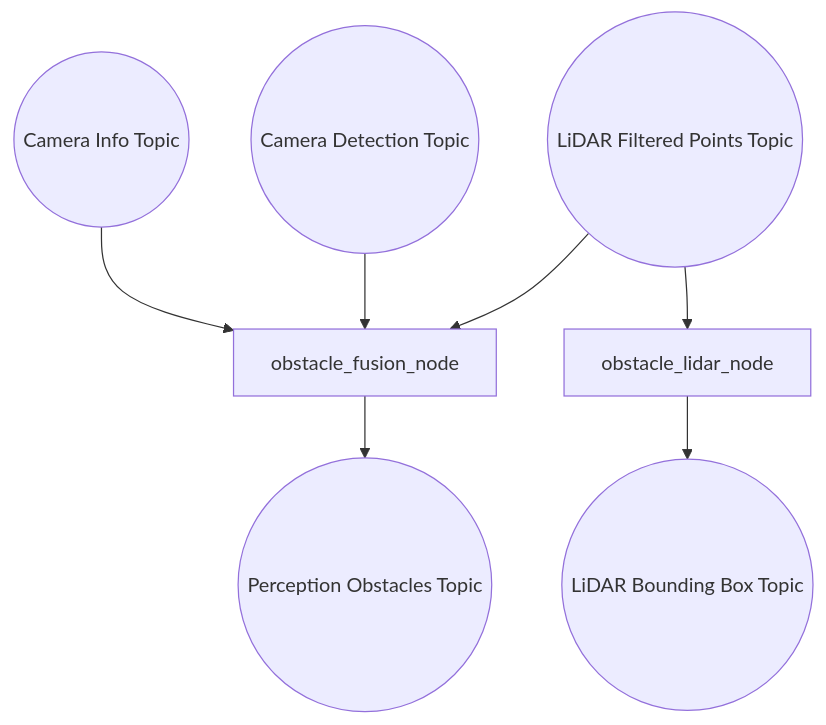
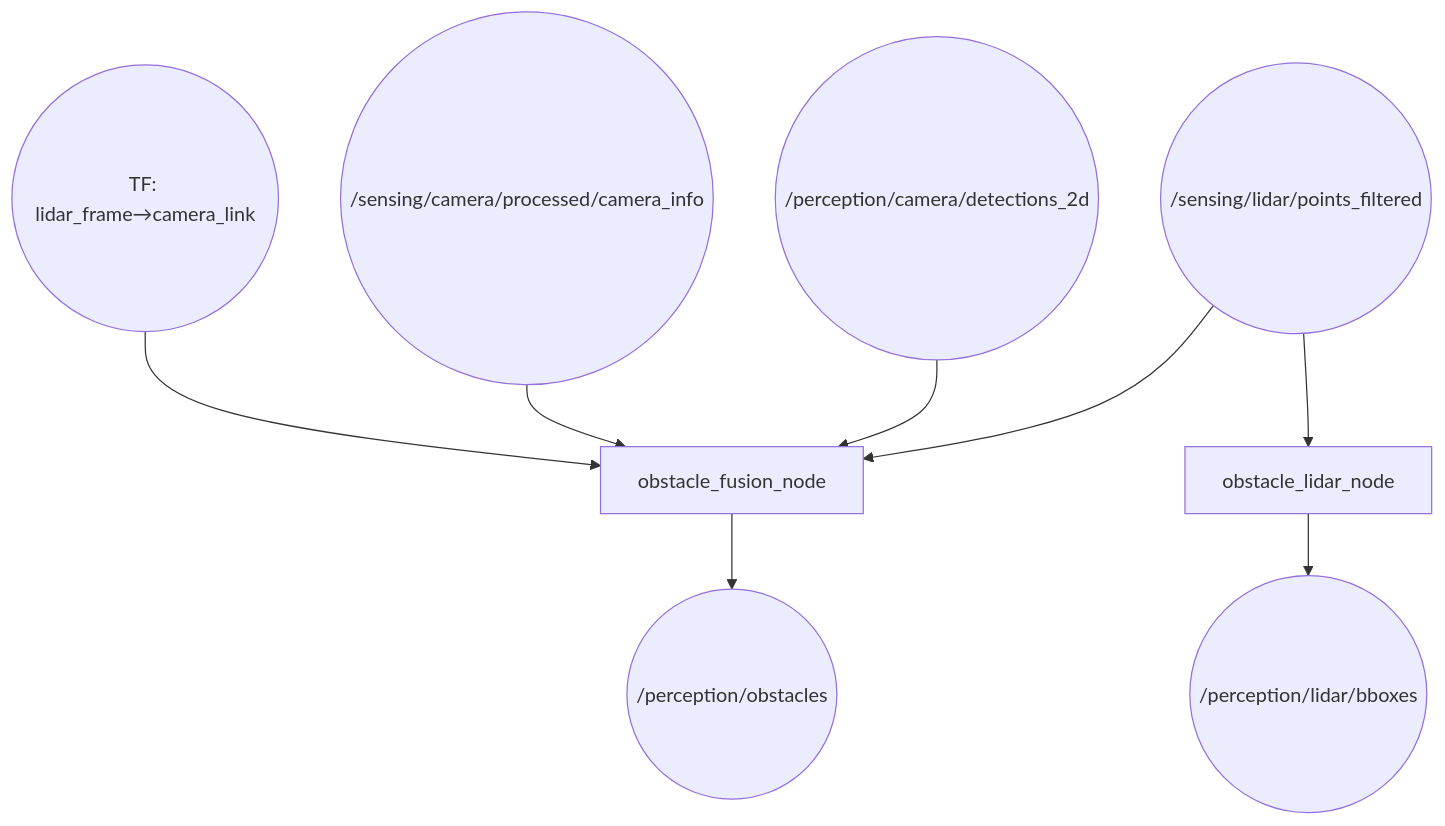
Before and after one commit to hwanhonglee/CAMROD: the first of 2 diagrams in camrod_perception/README.md, drawn with Mermaid. The commit also changed other lines of this file and 15 other files, not shown here.

````diff
--- a/camrod_perception/README.md
+++ b/camrod_perception/README.md
@@ -7,10 +7,11 @@
 ```mermaid
 graph TD
-  LIDAR((LiDAR Filtered Points Topic)) --> FUSION[obstacle_fusion_node]
-  CAMDET((Camera Detection Topic)) --> FUSION
-  CAMINFO((Camera Info Topic)) --> FUSION
-  FUSION --> OBS((Perception Obstacles Topic))
+  LIDAR(("/sensing/lidar/points_filtered")) --> FUSION[obstacle_fusion_node]
+  DET(("/perception/camera/detections_2d")) --> FUSION
+  CAMINFO(("/sensing/camera/processed/camera_info")) --> FUSION
+  TF(("TF: lidar_frame→camera_link")) --> FUSION
+  FUSION --> OBS(("/perception/obstacles"))
 
-  LIDAR --> LCLUSTER[obstacle_lidar_node]
-  LCLUSTER --> BBOX((LiDAR Bounding Box Topic))
+  LIDAR --> CLUSTER[obstacle_lidar_node]
+  CLUSTER --> BBOX(("/perception/lidar/bboxes"))
 ```
````
